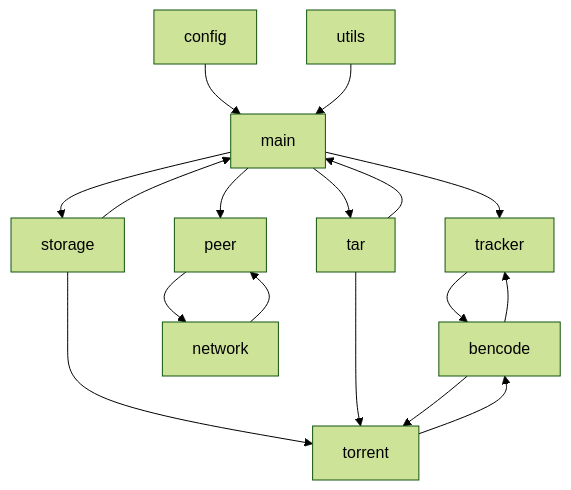
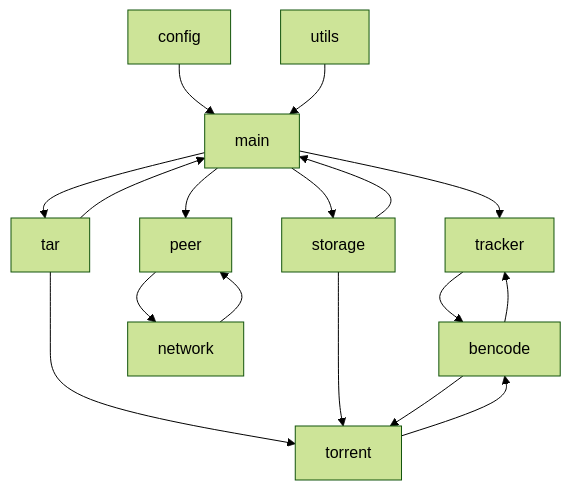
One commit to molnija3d/C-2025-09-EVGENIY-Z changed the diagram in FINAL/README.MD. Above: the diagram before and after it, drawn with Mermaid (forest theme). The commit also changed other lines of this file, not shown here.

````diff
--- a/FINAL/README.MD
+++ b/FINAL/README.MD
@@ -142,19 +142,19 @@
 ```mermaid
 graph TD
  config --> main
  utils --> main
  main --> tracker
- tracker --> bencode
  main --> peer
  main --> storage
  main --> tar
+ tracker --> bencode
  peer --> network
- storage --> torrent
+ tar --> main
  tar --> torrent
  torrent --> bencode
  network --> peer
  storage --> main
- tar --> main
+ storage --> torrent
  bencode --> torrent
  bencode --> tracker
 ```
````
